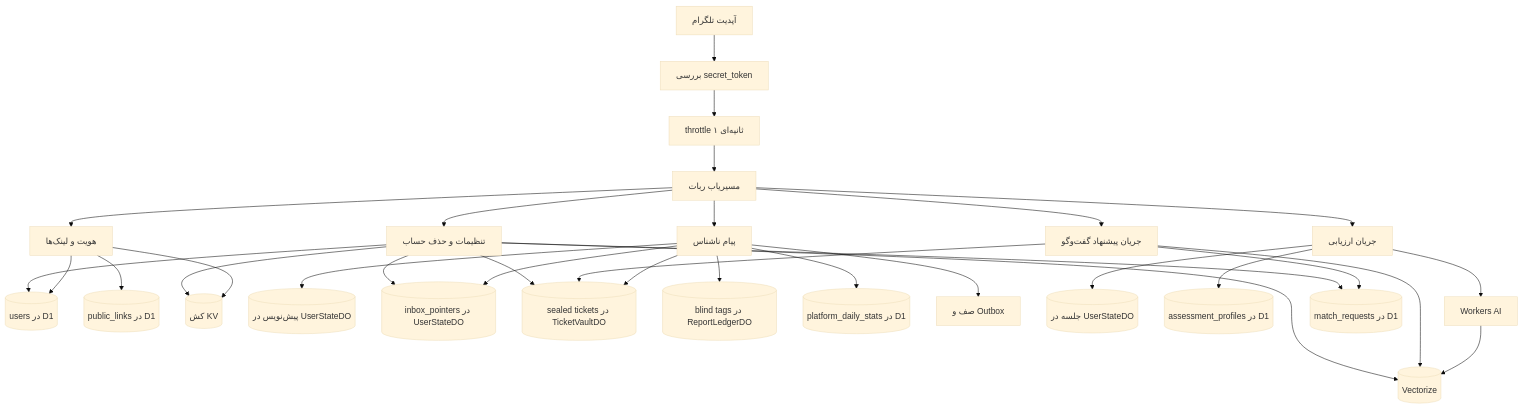
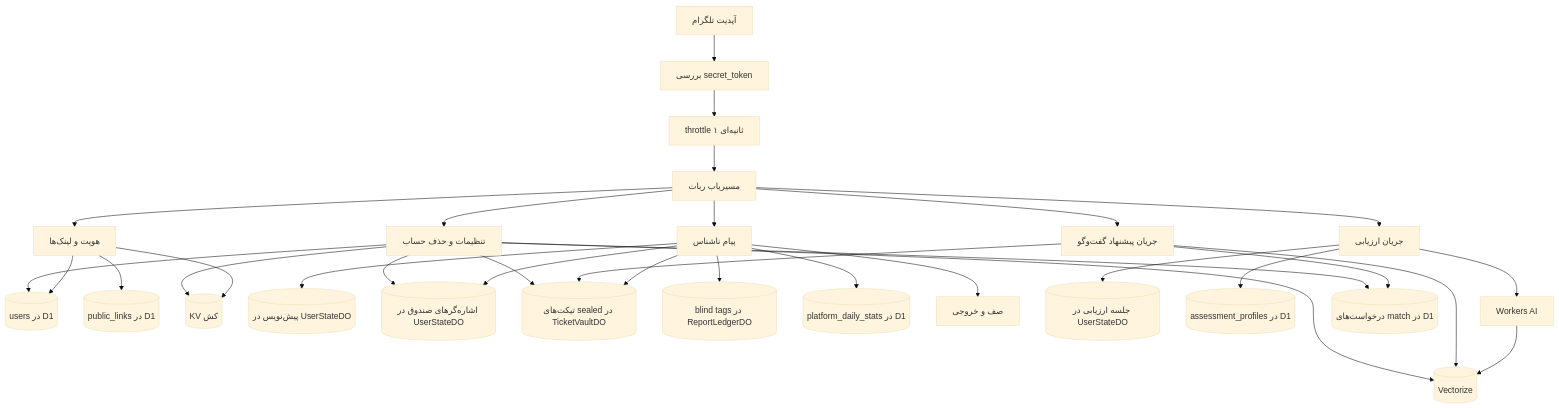
Before and after one commit to mohetios/mohetios.dev: the seventh of 10 diagrams in content/fa/lab/nekonymous-anonymous-messaging-technical-lab.md, drawn with Mermaid (base theme). The commit also changed other lines of this file and 8 other files, not shown here.

````diff
--- a/content/fa/lab/nekonymous-anonymous-messaging-technical-lab.md
+++ b/content/fa/lab/nekonymous-anonymous-messaging-technical-lab.md
@@ -375,39 +375,39 @@
 ```mermaid
 flowchart TD
   TG[آپدیت تلگرام] --> Guard[بررسی secret_token]
   Guard --> Rate[throttle ۱ ثانیه‌ای]
   Rate --> Router[مسیریاب ربات]
 
   Router --> Identity[هویت و لینک‌ها]
   Router --> Messaging[پیام ناشناس]
   Router --> AssessmentFlow[جریان ارزیابی]
   Router --> MatchingFlow[جریان پیشنهاد گفت‌وگو]
   Router --> Settings[تنظیمات و حذف حساب]
 
   Identity --> Users[(users در D1)]
   Identity --> Links[(public_links در D1)]
-  Identity --> KV[(کش KV)]
+  Identity --> KV[(KV کش)]
 
   Messaging --> Drafts[(پیش‌نویس در UserStateDO)]
-  Messaging --> Pointers[(inbox_pointers در UserStateDO)]
-  Messaging --> Vault[(sealed tickets در TicketVaultDO)]
+  Messaging --> Pointers[(اشاره‌گرهای صندوق در UserStateDO)]
+  Messaging --> Vault[(تیکت‌های sealed در TicketVaultDO)]
   Messaging --> Reports[(blind tags در ReportLedgerDO)]
   Messaging --> Stats[(platform_daily_stats در D1)]
-  Messaging --> Outbox[صف و Outbox]
+  Messaging --> Outbox[صف و خروجی]
 
-  AssessmentFlow --> Session[(جلسه در UserStateDO)]
+  AssessmentFlow --> Session[(جلسه ارزیابی در UserStateDO)]
   AssessmentFlow --> Profiles[(assessment_profiles در D1)]
   AssessmentFlow --> AI[Workers AI]
   AI --> Vectors[(Vectorize)]
 
-  MatchingFlow --> MatchRows[(match_requests در D1)]
+  MatchingFlow --> MatchRows[(درخواست‌های match در D1)]
   MatchingFlow --> Vectors
   MatchingFlow --> Vault
 
   Settings --> Users
   Settings --> Pointers
   Settings --> Vault
   Settings --> MatchRows
   Settings --> KV
   Settings --> Vectors
 ```
````
